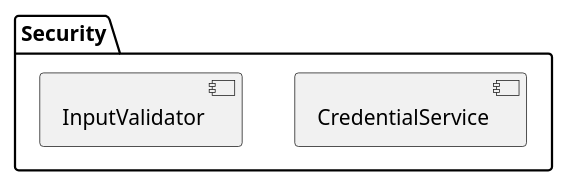
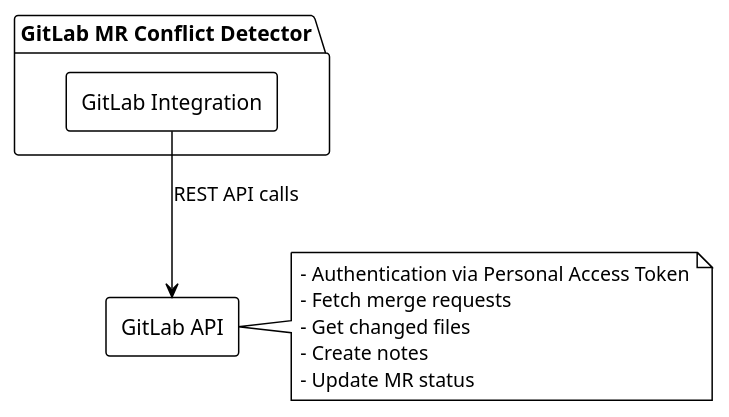
Before and after one commit to GalushkoArt/gitlab-mr-conflict-detector: the seventh of 11 diagrams in docs/architecture.md, drawn with PlantUML. The commit also changed other lines of this file and 1 other file, not shown here.

````diff
--- a/docs/architecture.md
+++ b/docs/architecture.md
@@ -119,8 +173,22 @@
 ```plantuml
 @startuml
-package "Security" {
-  [CredentialService]
-  [InputValidator]
+!theme plain
+skinparam componentStyle rectangle
+
+package "GitLab MR Conflict Detector" {
+  [GitLab Integration] as GitLab
 }
+
+[GitLab API] as GitLabAPI
+
+GitLab --> GitLabAPI : REST API calls
+
+note right of GitLabAPI
+  - Authentication via Personal Access Token
+  - Fetch merge requests
+  - Get changed files
+  - Create notes
+  - Update MR status
+end note
 @enduml
 ```
````
